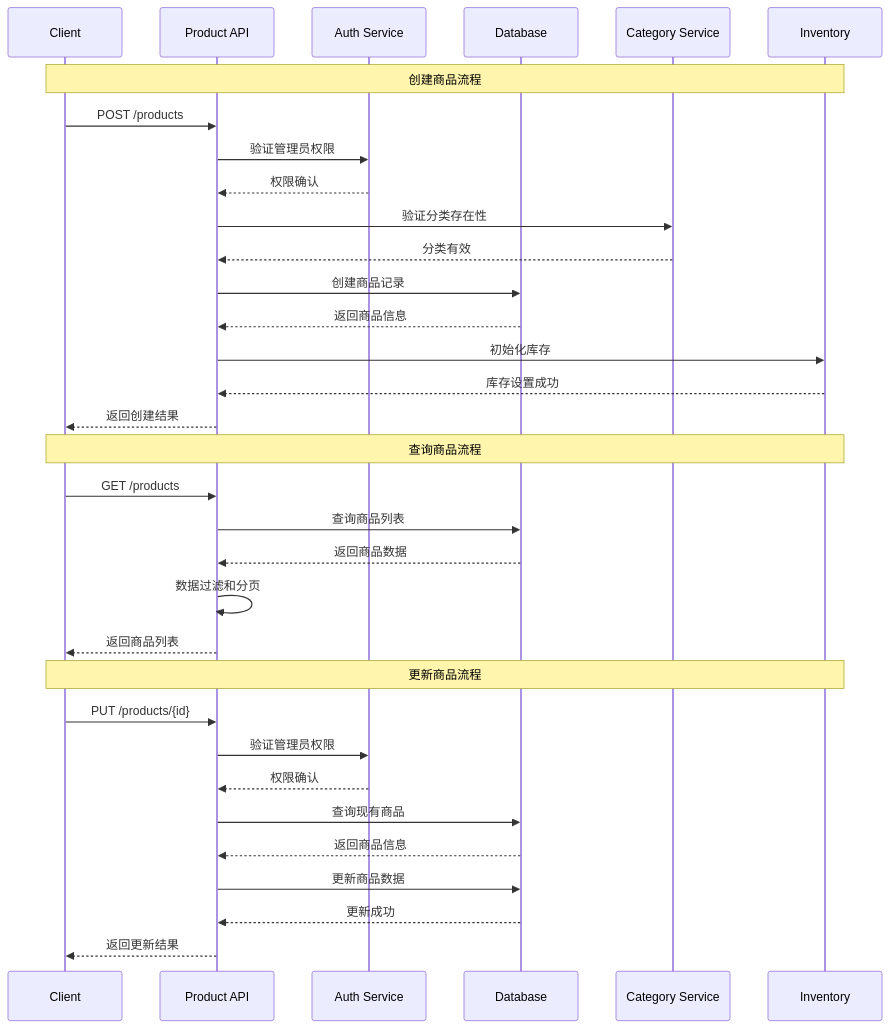
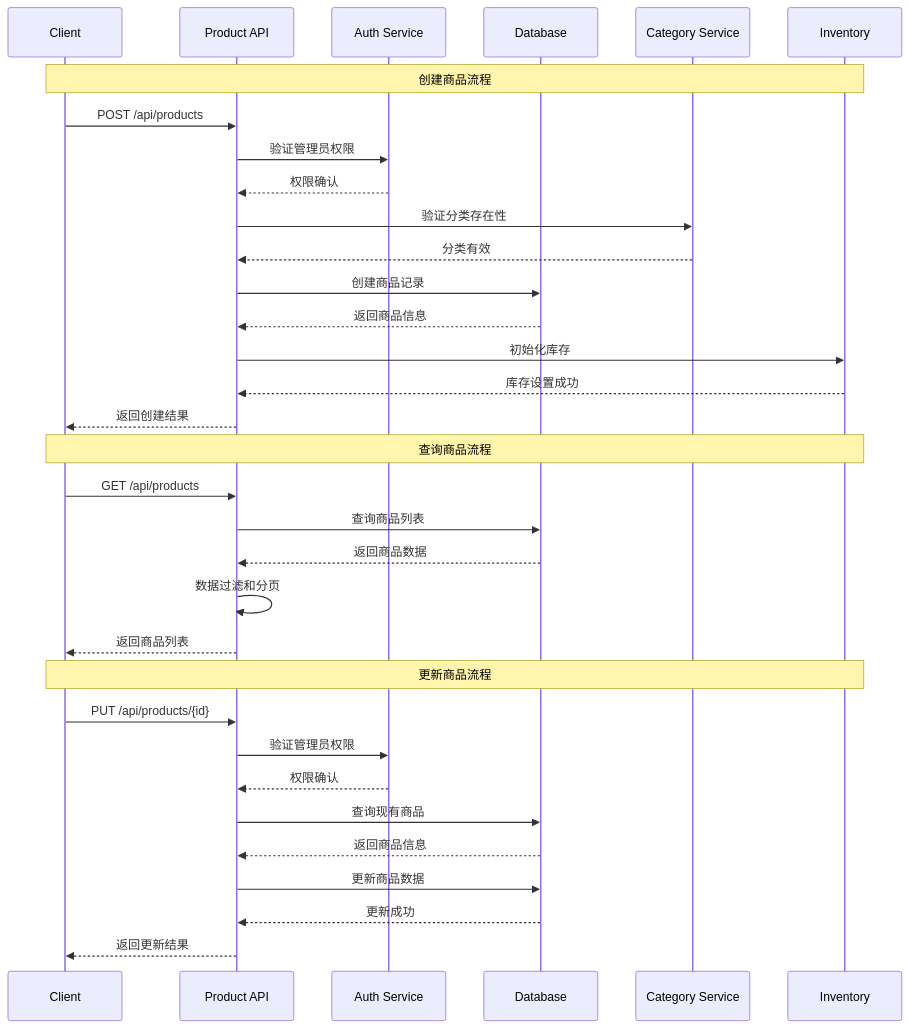
One commit to HaoranTong/ecommerce_platform changed the second of 2 diagrams in docs/modules/product-catalog/api-implementation.md. Above: the diagram before and after it, drawn with Mermaid. The commit also changed other lines of this file, not shown here.

First line of the commit message:
docs: update product catalog API implementation endpoints

````diff
--- a/docs/modules/product-catalog/api-implementation.md
+++ b/docs/modules/product-catalog/api-implementation.md
@@ -66,38 +66,38 @@
 ```mermaid
 sequenceDiagram
     participant C as Client
     participant A as Product API
     participant Auth as Auth Service
     participant DB as Database
     participant Cat as Category Service
     participant Stock as Inventory
     
     Note over C,Stock: 创建商品流程
-    C->>A: POST /products
+    C->>A: POST /api/products
     A->>Auth: 验证管理员权限
     Auth-->>A: 权限确认
     A->>Cat: 验证分类存在性
     Cat-->>A: 分类有效
     A->>DB: 创建商品记录
     DB-->>A: 返回商品信息
     A->>Stock: 初始化库存
     Stock-->>A: 库存设置成功
     A-->>C: 返回创建结果
     
     Note over C,Stock: 查询商品流程
-    C->>A: GET /products
+    C->>A: GET /api/products
     A->>DB: 查询商品列表
     DB-->>A: 返回商品数据
     A->>A: 数据过滤和分页
     A-->>C: 返回商品列表
     
     Note over C,Stock: 更新商品流程
-    C->>A: PUT /products/{id}
+    C->>A: PUT /api/products/{id}
     A->>Auth: 验证管理员权限
     Auth-->>A: 权限确认
     A->>DB: 查询现有商品
     DB-->>A: 返回商品信息
     A->>DB: 更新商品数据
     DB-->>A: 更新成功
     A-->>C: 返回更新结果
 ```
````
